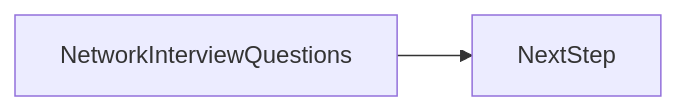
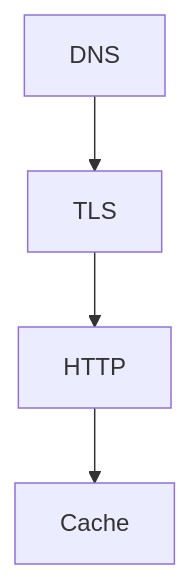
The second of 3 diagrams in docs/en/24-interview-preparation/network-interview-questions/index.md (OmidJavaherii/Frontend-Engineering-Handbook), drawn with Mermaid before and after one commit. The commit also changed other lines of this file and 461 other files, not shown here.

````diff
--- a/docs/en/24-interview-preparation/network-interview-questions/index.md
+++ b/docs/en/24-interview-preparation/network-interview-questions/index.md
@@ -95,4 +120,6 @@
 ```mermaid
-flowchart LR
-  concept[NetworkInterviewQuestions] --> nextStep[NextStep]
+flowchart TD
+  n0[DNS] --> n1[TLS]
+  n1[TLS] --> n2[HTTP]
+  n2[HTTP] --> n3[Cache]
 ```
````
